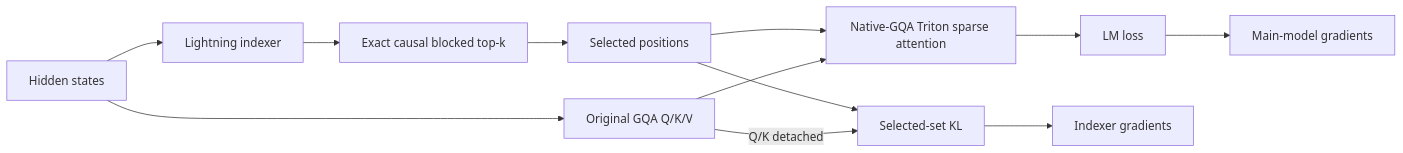
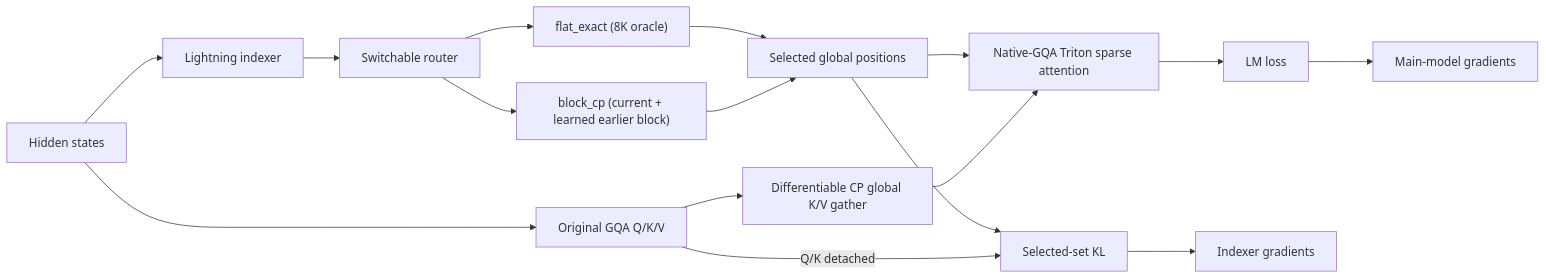
One commit to BirgerMoell/openeuro-longctx-datamix changed the diagram in docs/sparse_attention_dsa.md. Above: the diagram before and after it, drawn with Mermaid. The commit also changed other lines of this file and 15 other files, not shown here.

````diff
--- a/docs/sparse_attention_dsa.md
+++ b/docs/sparse_attention_dsa.md
@@ -104,16 +118,20 @@
 ```mermaid
 flowchart LR
     H["Hidden states"] --> IX["Lightning indexer"]
-    IX --> TOPK["Exact causal blocked top-k"]
-    TOPK --> POS["Selected positions"]
+    IX --> ROUTE["Switchable router"]
+    ROUTE --> FLAT["flat_exact (8K oracle)"]
+    ROUTE --> BLOCK["block_cp (current + learned earlier block)"]
+    FLAT --> TOPK["Selected global positions"]
+    BLOCK --> TOPK
 
     H --> QKV["Original GQA Q/K/V"]
-    POS --> SA["Native-GQA Triton sparse attention"]
-    QKV --> SA
+    QKV --> CPG["Differentiable CP global K/V gather"]
+    TOPK --> SA["Native-GQA Triton sparse attention"]
+    CPG --> SA
     SA --> LM["LM loss"]
     LM --> MAIN["Main-model gradients"]
 
-    POS --> KL["Selected-set KL"]
+    TOPK --> KL["Selected-set KL"]
     QKV -->|"Q/K detached"| KL
     KL --> IDX["Indexer gradients"]
 ```
````
